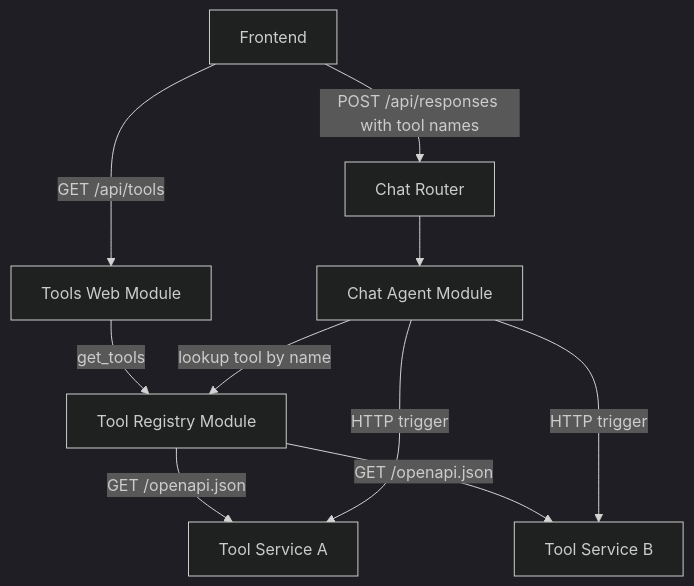
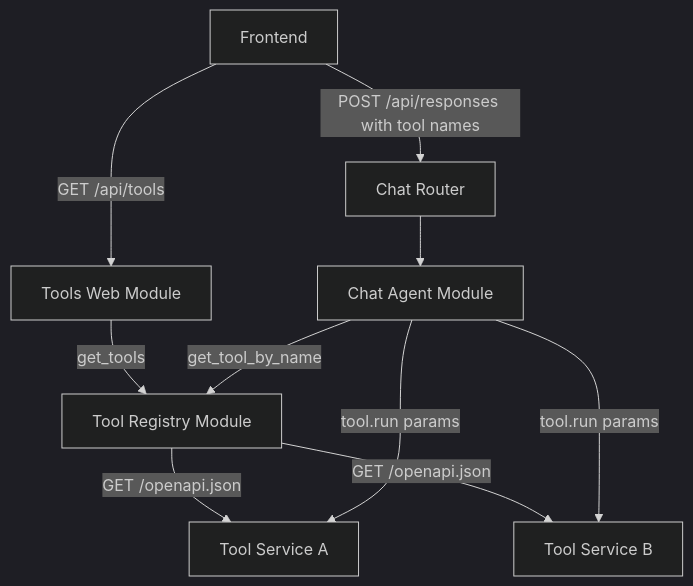
One commit to modAI-systems/modAI-chat changed the diagram in backend/omni/docs/architecture/tools.md. Above: the diagram before and after it, drawn with Mermaid (dark theme). The commit also changed other lines of this file and 11 other files, not shown here.

````diff
--- a/backend/omni/docs/architecture/tools.md
+++ b/backend/omni/docs/architecture/tools.md
@@ -75,12 +75,12 @@
 ```mermaid
 flowchart TD
     FE[Frontend] -->|GET /api/tools| TW[Tools Web Module]
     TW -->|get_tools| TR[Tool Registry Module]
     TR -->|GET /openapi.json| TS1[Tool Service A]
     TR -->|GET /openapi.json| TS2[Tool Service B]
     FE -->|POST /api/responses with tool names| CR[Chat Router]
     CR --> CA[Chat Agent Module]
-    CA -->|lookup tool by name| TR
-    CA -->|HTTP trigger| TS1
-    CA -->|HTTP trigger| TS2
+    CA -->|get_tool_by_name| TR
+    CA -->|tool.run params | TS1
+    CA -->|tool.run params | TS2
 ```
````
